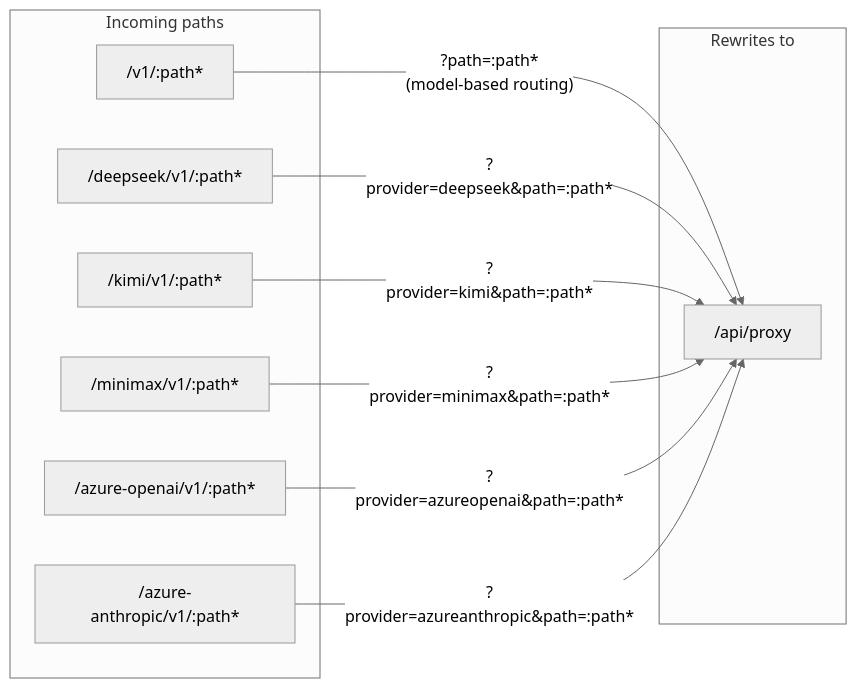
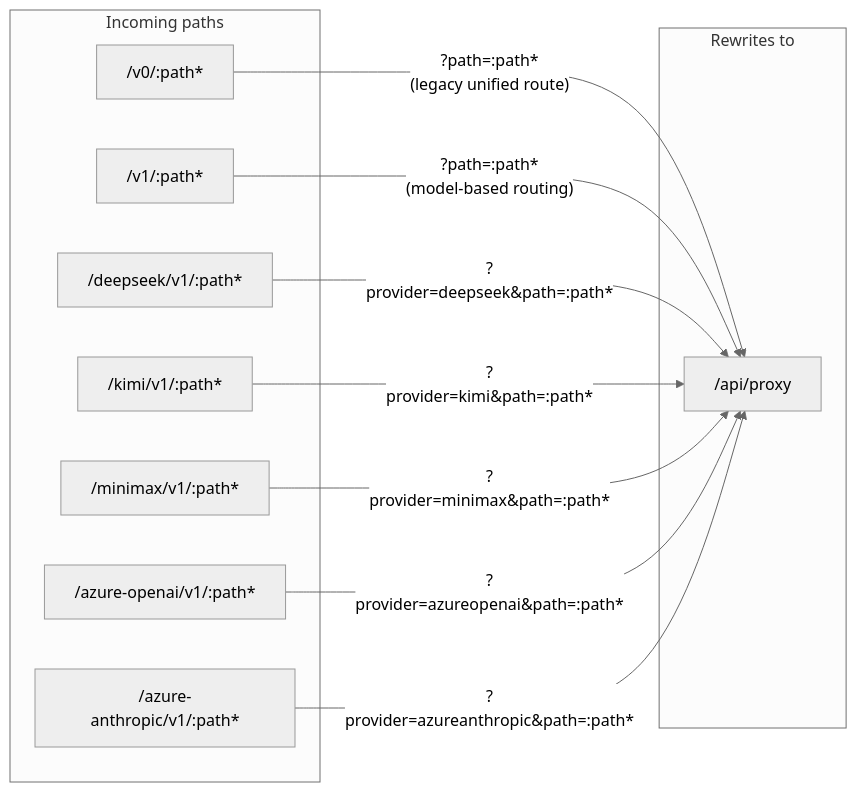
The fifth of 5 diagrams in doc/auth-and-deployment.md (lqdflying/cursorProxy), drawn with Mermaid (neutral theme) before and after one commit. The commit also changed other lines of this file and 7 other files, not shown here.

````diff
--- a/doc/auth-and-deployment.md
+++ b/doc/auth-and-deployment.md
@@ -102,22 +102,24 @@
 ```mermaid
 flowchart LR
     subgraph "Incoming paths"
+        P0["/v0/:path*"]
         P1["/v1/:path*"]
         P2["/deepseek/v1/:path*"]
         P3["/kimi/v1/:path*"]
         P4["/minimax/v1/:path*"]
         P5["/azure-openai/v1/:path*"]
         P6["/azure-anthropic/v1/:path*"]
     end
 
     subgraph "Rewrites to"
         H["/api/proxy"]
     end
 
+    P0 -->|"?path=:path*\n(legacy unified route)"| H
     P1 -->|"?path=:path*\n(model-based routing)"| H
     P2 -->|"?provider=deepseek&path=:path*"| H
     P3 -->|"?provider=kimi&path=:path*"| H
     P4 -->|"?provider=minimax&path=:path*"| H
     P5 -->|"?provider=azureopenai&path=:path*"| H
     P6 -->|"?provider=azureanthropic&path=:path*"| H
 ```
````
